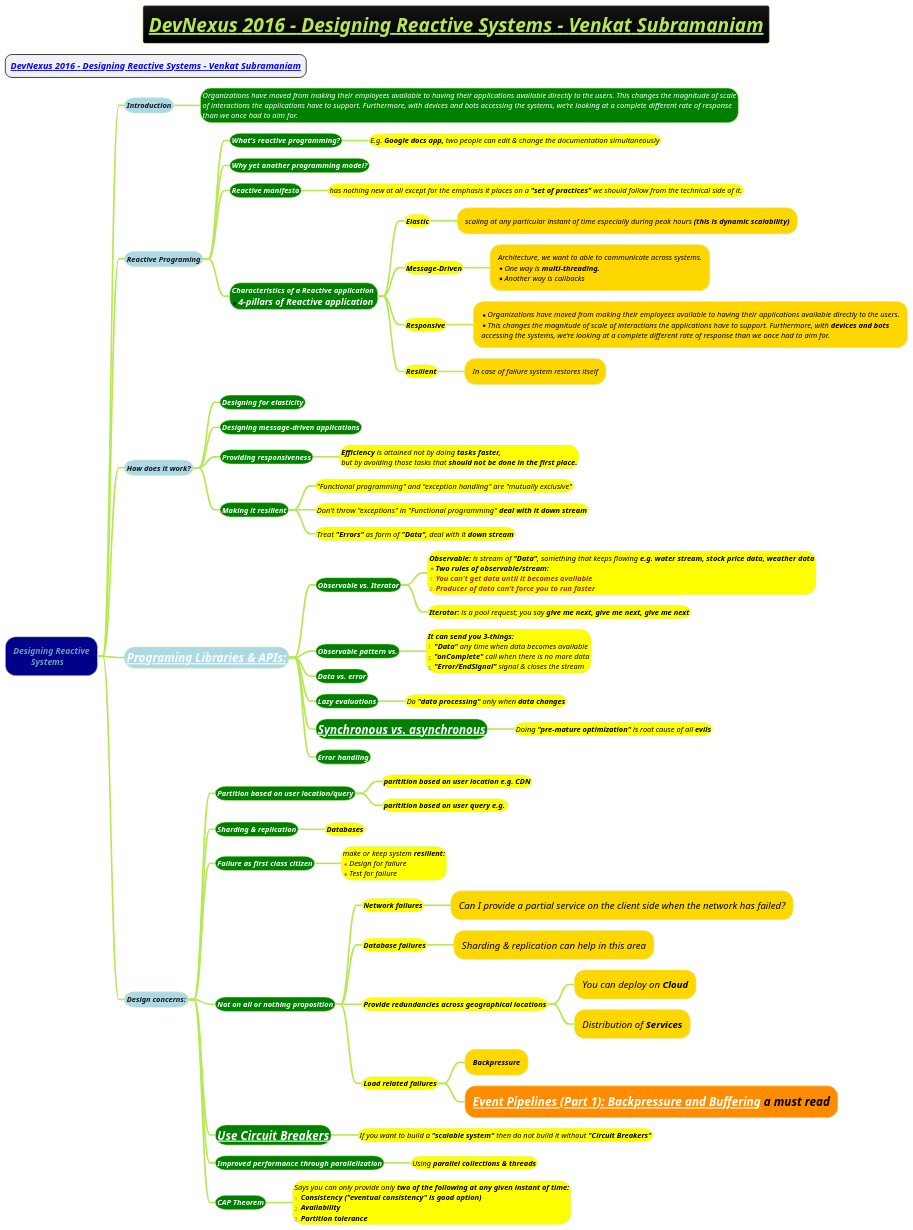
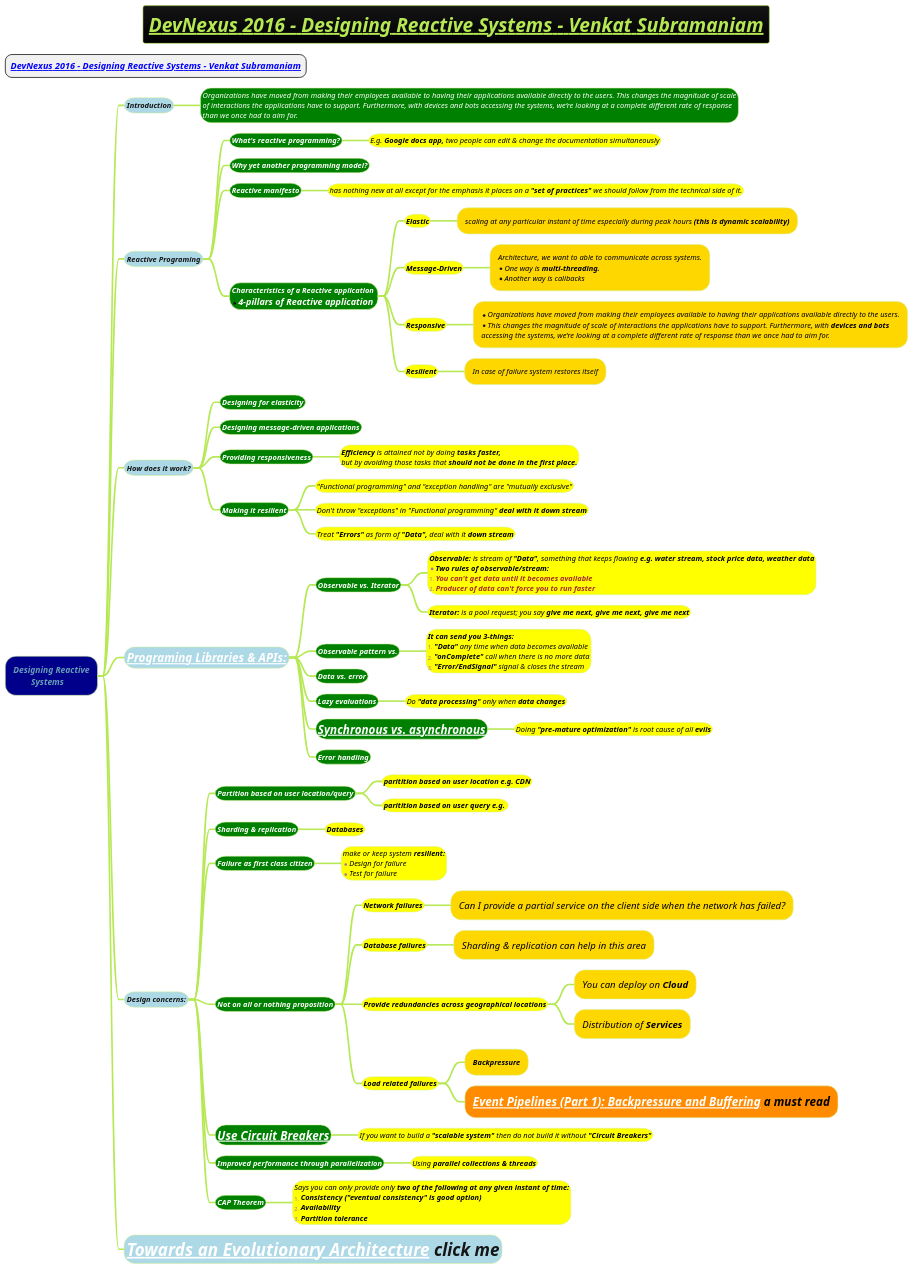
The diagram in docs/3-programming-languages/Venkat-Subramaniam/Designing-Reactive-Systems.puml (MehmoodHashmi/Documentation-as-Code-DaC), drawn with PlantUML before and after one commit. The commit also changed 9 other files, not shown here.

```diff
--- a/docs/3-programming-languages/Venkat-Subramaniam/Designing-Reactive-Systems.puml
+++ b/docs/3-programming-languages/Venkat-Subramaniam/Designing-Reactive-Systems.puml
@@ -1,86 +1,86 @@
 @startmindmap
 title =<i><b><u>DevNexus 2016 - Designing Reactive Systems - Venkat Subramaniam
 
 * ===<i><b>[[https://www.youtube.com/watch?v=2k76zO2Q6vg&t=7003s&ab_channel=devnexus DevNexus 2016 - Designing Reactive Systems - Venkat Subramaniam]]
 !theme hacker
 
 *[#darkblue] <i>Designing Reactive\n<i>\tSystems
 **[#lightblue] <i><color #blac><size:14>Introduction
 ***[#green]:<i><color #white><size:14>Organizations have moved from making their employees available to having their applications available directly to the users. This changes the magnitude of scale
 <i><color #white><size:14>of interactions the applications have to support. Furthermore, with devices and bots accessing the systems, we’re looking at a complete different rate of response
 <i><color #white><size:14>than we once had to aim for.;
 
 **[#lightblue] <i><color #blac><size:14>Reactive Programing
 ***[#green] <i><color #white><size:14><b>What's reactive programming?
 ****[#yellow] <i><color #black><size:14>E.g. **Google docs app,** two people can edit & change the documentation simultaneously
 ***[#green] <i><color #white><size:14><b>Why yet another programming model?
 ***[#green] <i><color #white><size:14><b>Reactive manifesto
 ****[#yellow] <i><color #black><size:14>has nothing new at all except for the emphasis it places on a <b>"set of practices"</b> we should follow from the technical side of it.
 ***[#green] <i><color #white><size:14><b>Characteristics of a Reactive application \n*<i><color #white><size:17><b>4-pillars of Reactive application
 ****[#yellow] <b><i><color #black><size:14>Elastic
 *****[#gold] <i><color #black><size:14>scaling at any particular instant of time especially during peak hours <b>(this is dynamic scalability)
 ****[#yellow] <b><i><color #black><size:14>Message-Driven
 *****[#gold]:<i><color #black><size:14>Architecture, we want to able to communicate across systems.
 *<i><color #black><size:14>One way is <b>multi-threading.
 *<i><color #black><size:14>Another way is callbacks;
 ****[#yellow] <b><i><color #black><size:14>Responsive
 *****[#gold]:*<i><color #black><size:14>Organizations have moved from making their employees available to having their applications available directly to the users.
 *<i><color #black><size:14>This changes the magnitude of scale of interactions the applications have to support. Furthermore, with <b>devices and bots
 <i><color #black><size:14>accessing the systems, we’re looking at a complete different rate of response than we once had to aim for.;
 ****[#yellow] <b><i><color #black><size:14>Resilient
 *****[#gold] <i><color #black><size:14>In case of failure system restores itself
 **[#lightblue] <i><color #blac><size:14>How does it work?
 ***[#green] <i><color #white><size:14><b>Designing for elasticity
 ***[#green] <i><color #white><size:14><b>Designing message-driven applications
 ***[#green] <i><color #white><size:14><b>Providing responsiveness
 ****[#yellow] <i><color #black><size:14><b>Efficiency</b> is attained not by doing <b>tasks faster,\n<i><color #black><size:14>but by avoiding those tasks that <b>should not be done in the first place.
 ***[#green] <i><color #white><size:14><b>Making it resilient
 ****[#yellow] <i><color #black><size:14>"Functional programming" and "exception handling" are "mutually exclusive"
 ****[#yellow] <i><color #black><size:14>Don't throw "exceptions" in "Functional programming" <b>deal with it down stream
 ****[#yellow] <i><color #black><size:14>Treat <b>"Errors"</b> as form of <b>"Data",</b> deal with it <b>down stream
 **[#lightblue] <i><color #blac><size:22>[[Reactive-Data-Stream.puml Programing Libraries & APIs:]]
 ***[#green] <i><color #white><size:14><b>Observable vs. Iterator
 ****[#yellow]:<i><color #black><size:14><b>Observable:</b> is stream of <b>"Data"</b>, something that keeps flowing <b>e.g. water stream, stock price data, weather data
 *<i><color #black><size:14><b>Two rules of observable/stream:
 #<i><color #brown><size:14><b>You can't get data until it becomes available
 #<i><color #brown><size:14><b>Producer of data can't force you to run faster;
 ****[#yellow] <i><color #black><size:14><b>Iterator:</b> is a pool request; you say <b>give me next, give me next, give me next
 ***[#green] <i><color #white><size:14><b>Observable pattern vs.
 ****[#yellow]:<i><color #black><size:14><b>It can send you 3-things:</b>
 #<i><color #black><size:14>**"Data"** any time when data becomes available
 #<i><color #black><size:14>**"onComplete"** call when there is no more data
 #<i><color #black><size:14>**"Error/EndSignal"** signal & closes the stream;
 
 ***[#green] <i><color #white><size:14><b>Data vs. error
 ***[#green] <i><color #white><size:14><b>Lazy evaluations
 ****[#yellow] <i><color #black><size:14>Do <b>"data processing"</b> only when <b>data changes
 ***[#green] <i><color #white><size:22><b>[[docs/3-programming-languages/Venkat-Subramaniam/Asynchronous-Programming-in-Java-Options-to-Choose-from.puml Synchronous vs. asynchronous]]
 ****[#yellow] <i><color #black><size:14>Doing <b>"pre-mature optimization"</b> is root cause of all <b>evils
 ***[#green] <i><color #white><size:14><b>Error handling
 **[#lightblue] <i><color #blac><size:14>Design concerns:
 ***[#green] <i><color #white><size:14><b>Partition based on user location/query
 ****[#yellow] <i><color #black><size:14><b>paritition based on user location e.g. CDN</b>
 ****[#yellow] <i><color #black><size:14><b>paritition based on user query e.g. </b>
 ***[#green] <i><color #white><size:14><b>Sharding & replication
 ****[#yellow] <i><color #black><size:14><b>Databases</b>
 ***[#green] <i><color #white><size:14><b>Failure as first class citizen
 ****[#yellow] <i><color #black><size:14>make or keep system <b>resilient:\n*<i><color #black><size:14>Design for failure\n*<i><color #black><size:14>Test for failure
 ***[#green] <i><color #white><size:14><b>Not on all or nothing proposition
 ****[#yellow] <i><color #black><size:14><b>Network failures</b>
 *****[#gold] <i><color #black><size:18>Can I provide a partial service on the client side when the network has failed?
 ****[#yellow] <i><color #black><size:14><b>Database failures</b>
 *****[#gold] <i><color #black><size:18>Sharding & replication can help in this area
 ****[#yellow] <i><color #black><size:14><b>Provide redundancies across geographical locations</b>
 *****[#gold] <i><color #black><size:18>You can deploy on <b>Cloud
 *****[#gold] <i><color #black><size:18>Distribution of <b>Services</b>
 ****[#yellow] <i><color #black><size:14><b>Load related failures</b>
 *****[#gold] <i><color #black><size:14><b>Backpressure</b>
 *****[#darkorange] <i><color #black><size:22><b>[[https://zendesk.engineering/event-pipelines-part-1-backpressure-and-buffering-1bba0ed3451e Event Pipelines (Part 1): Backpressure and Buffering]] a must read
 ***[#green] <i><color #white><size:22><b>[[docs/3-programming-languages/Venkat-Subramaniam/Circuit-Breaker.puml Use Circuit Breakers]]
 ****[#yellow] <i><color #black><size:14>If you want to build a <b>"scalable system"</b> then do not build it without <b>"Circuit Breakers"</b>
 ***[#green] <i><color #white><size:14><b>Improved performance through parallelization
 ****[#yellow] <i><color #black><size:14>Using <b>parallel collections & threads
 ***[#green] <i><color #white><size:14><b>CAP Theorem
 ****[#yellow] <i><color #black><size:14>Says you can only provide only <b>two of the following at any given instant of time:\n#<b><i><color #black><size:14>Consistency ("eventual consistency" is good option)\n#<b><i><color #black><size:14>Availability\n#<b><i><color #black><size:14>Partition tolerance
-
+**[#lightblue] <i><color #blac><size:32>[[docs/3-programming-languages/Venkat-Subramaniam/Towards-an-Evolutionary-Architecture.puml Towards an Evolutionary Architecture]] click me
 @endmindmap
```
